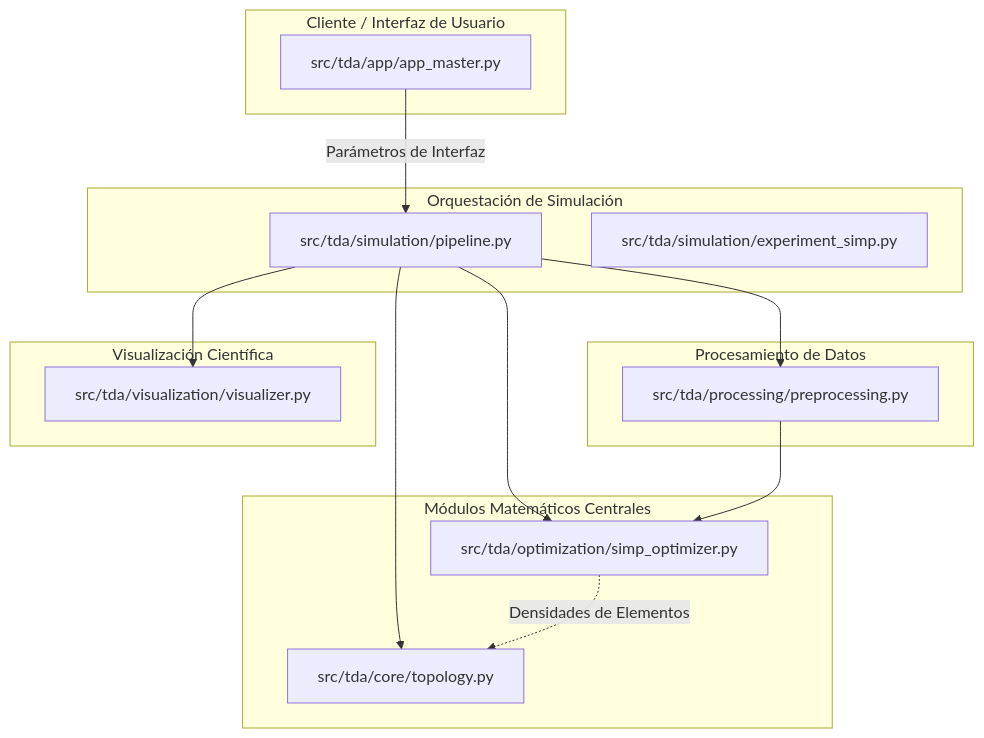
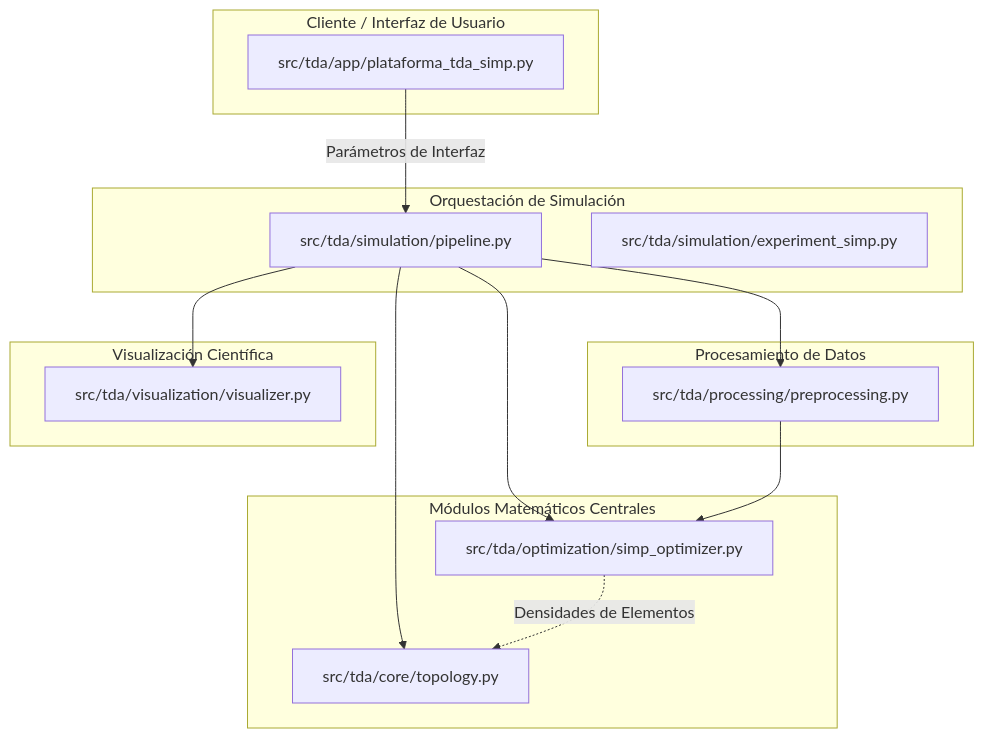
Before and after one commit to Nina-99/optimizacion-topologica: the diagram in README.md, drawn with Mermaid. The commit also changed other lines of this file and 9 other files, not shown here.

First line of the commit message:
refactor: rename app_master to plataforma_tda_simp

````diff
--- a/README.md
+++ b/README.md
@@ -33,33 +33,33 @@
 ```mermaid
 graph TD
     subgraph Cliente / Interfaz de Usuario
-        App[src/tda/app/app_master.py]
+        App[src/tda/app/plataforma_tda_simp.py]
     end
     
     subgraph Orquestación de Simulación
         Pipeline[src/tda/simulation/pipeline.py]
         Experiment[src/tda/simulation/experiment_simp.py]
     end
     
     subgraph Procesamiento de Datos
         Prep[src/tda/processing/preprocessing.py]
     end
 
     subgraph Módulos Matemáticos Centrales
         Opt[src/tda/optimization/simp_optimizer.py]
         Topo[src/tda/core/topology.py]
     end
     
     subgraph Visualización Científica
         Vis[src/tda/visualization/visualizer.py]
     end
 
     App --> |Parámetros de Interfaz| Pipeline
     Pipeline --> Prep
     Pipeline --> Opt
     Pipeline --> Topo
     Pipeline --> Vis
     
     Opt -.-> |Densidades de Elementos| Topo
     Prep --> Opt
 ```
````
